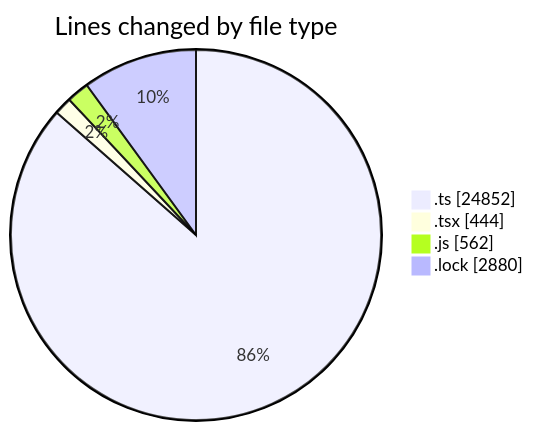
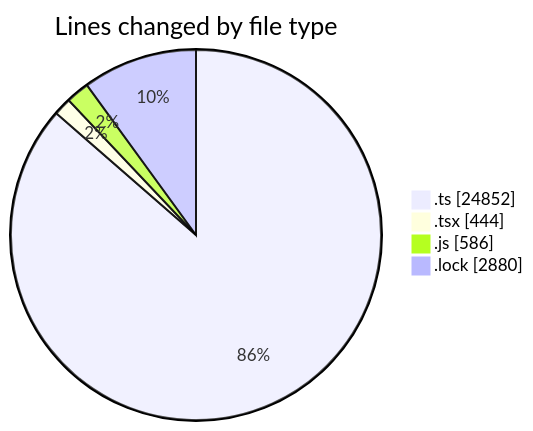
Before and after one commit to momahboobian/code-tracking: the first of 2 diagrams in 2026-09-11/cda/README.md, drawn with Mermaid. The commit also changed other lines of this file and 1 other file, not shown here.

````diff
--- a/2026-09-11/cda/README.md
+++ b/2026-09-11/cda/README.md
@@ -36,8 +37,8 @@
 ```mermaid
 pie showData
 title Lines changed by file type
 ".ts" : 24852
 ".tsx" : 444
-".js" : 562
+".js" : 586
 ".lock" : 2880
 ```
````
